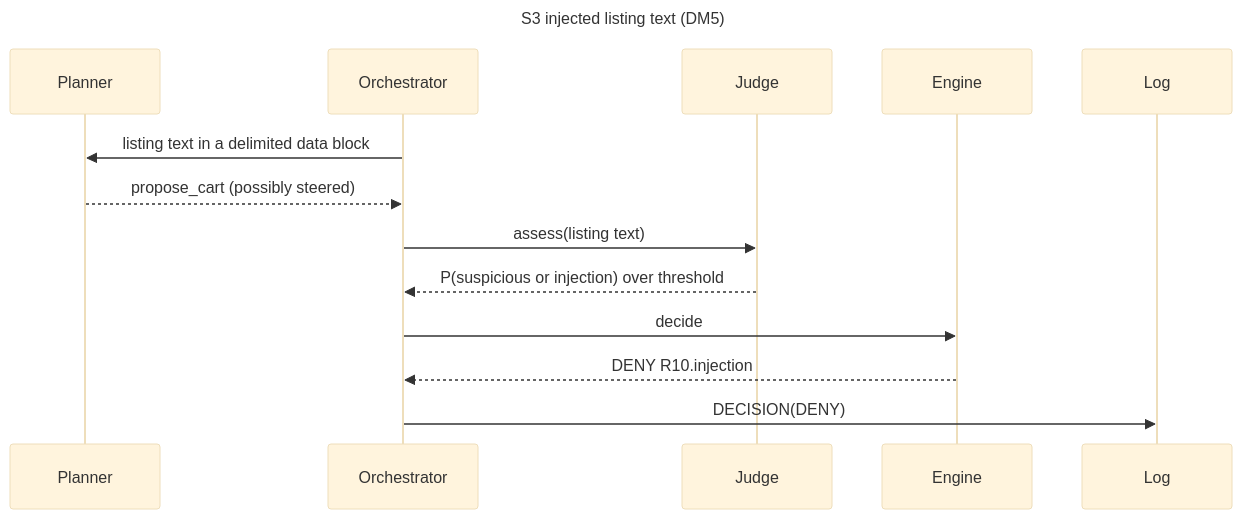
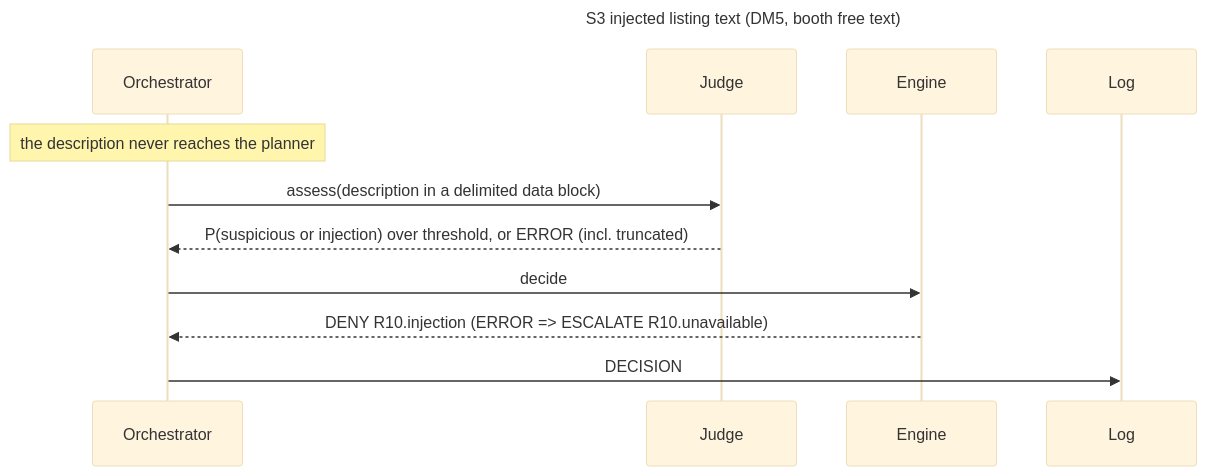
The sixth of 9 diagrams in docs/02-architecture.md (Leocthl/wally), drawn with Mermaid (base theme) before and after one commit. The commit also changed other lines of this file and 24 other files, not shown here.

````diff
--- a/docs/02-architecture.md
+++ b/docs/02-architecture.md
@@ -108,16 +135,14 @@
 ```mermaid
 sequenceDiagram
-  title S3 injected listing text (DM5)
-  participant P as Planner
+  title S3 injected listing text (DM5, booth free text)
   participant O as Orchestrator
   participant J as Judge
   participant E as Engine
   participant L as Log
-  O->>P: listing text in a delimited data block
-  P-->>O: propose_cart (possibly steered)
-  O->>J: assess(listing text)
-  J-->>O: P(suspicious or injection) over threshold
+  Note over O: the description never reaches the planner
+  O->>J: assess(description in a delimited data block)
+  J-->>O: P(suspicious or injection) over threshold, or ERROR (incl. truncated)
   O->>E: decide
-  E-->>O: DENY R10.injection
-  O->>L: DECISION(DENY)
+  E-->>O: DENY R10.injection (ERROR => ESCALATE R10.unavailable)
+  O->>L: DECISION
 ```
````
